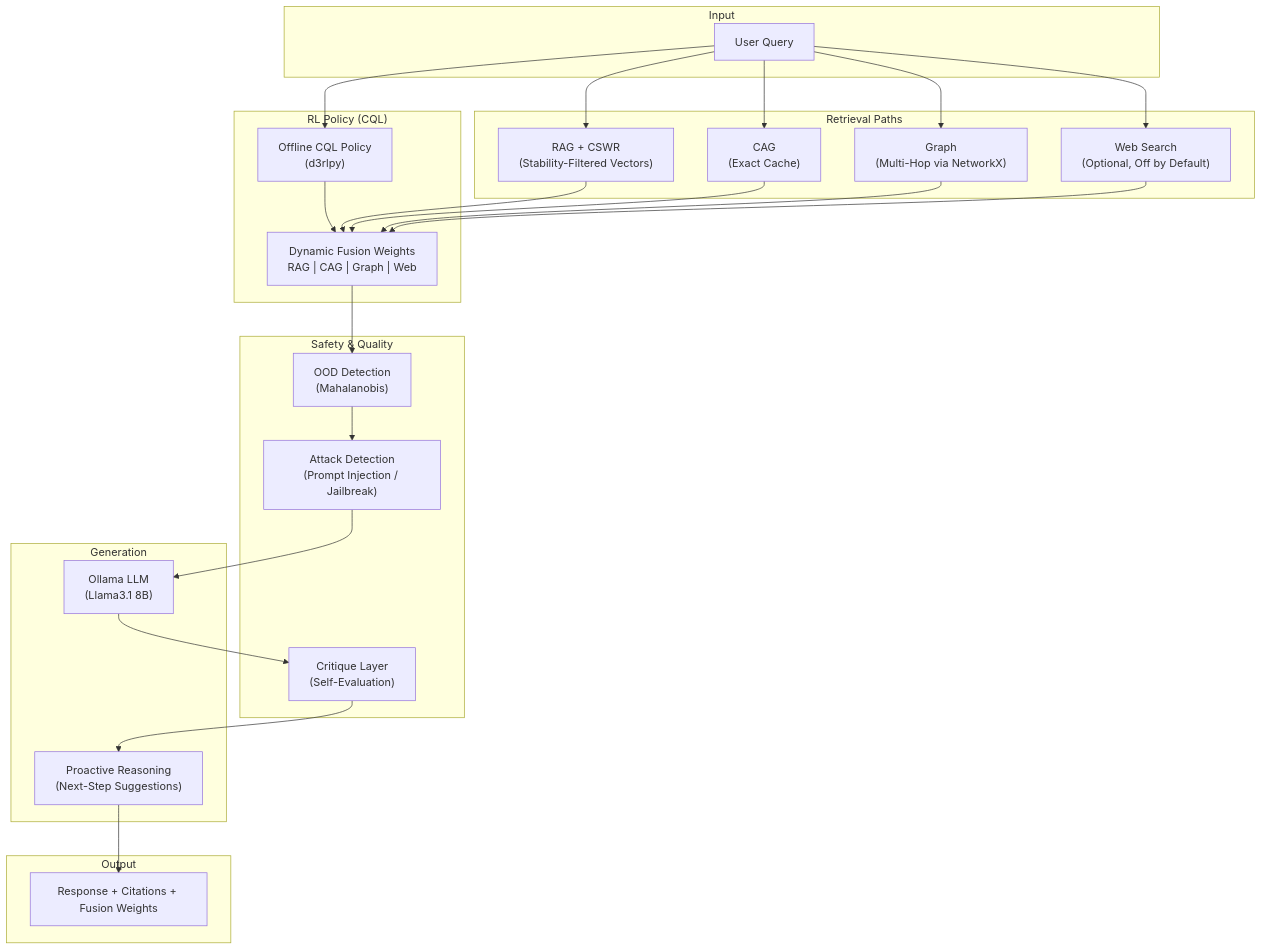
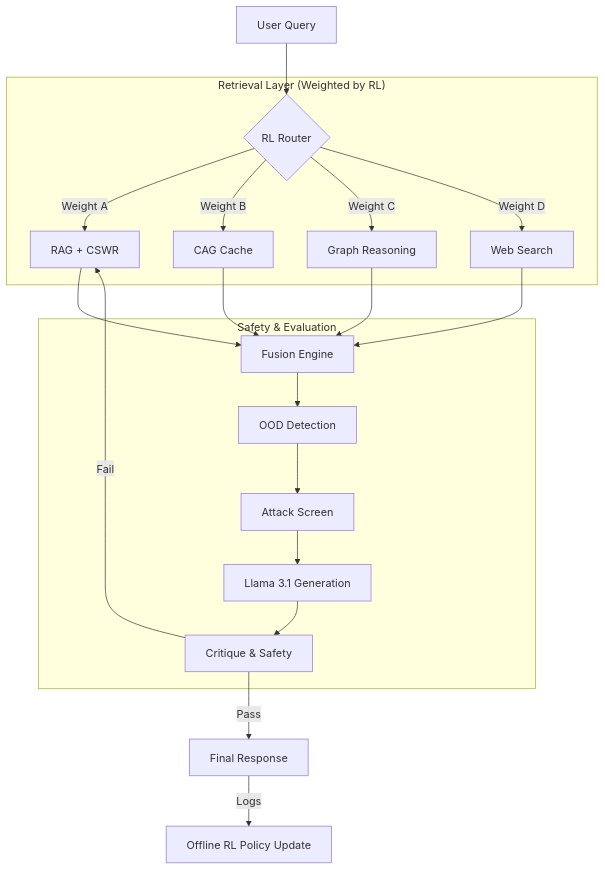
Before and after one commit to moonrunnerkc/rlfusion-orchestrator: the diagram in README.md, drawn with Mermaid. The commit also changed other lines of this file and 1 other file, not shown here.

Commit message:
Fix setup instructions, upgrade architecture diagram, update copyright
- Restructure Setup into numbered steps with Windows activation note
- Add explicit 'ollama pull' step to prevent model-not-found errors
- Replace flowchart with cleaner RL-router-centric diagram (includes failure loop)
- Update copyright to 2025-2026 in LICENSE and README

````diff
--- a/README.md
+++ b/README.md
@@ -42,44 +42,25 @@
 ```mermaid
-flowchart TB
-    subgraph Input
-        Q[User Query]
+graph TD
+    User[User Query] --> Router{RL Router}
+
+    subgraph "Retrieval Layer (Weighted by RL)"
+        Router -->|Weight A| RAG[RAG + CSWR]
+        Router -->|Weight B| CAG[CAG Cache]
+        Router -->|Weight C| Graph[Graph Reasoning]
+        Router -->|Weight D| Web[Web Search]
     end
 
-    subgraph Retrieval["Retrieval Paths"]
-        RAG["RAG + CSWR\n(Stability-Filtered Vectors)"]
-        CAG["CAG\n(Exact Cache)"]
-        GRAPH["Graph\n(Multi-Hop via NetworkX)"]
-        WEB["Web Search\n(Optional, Off by Default)"]
+    RAG & CAG & Graph & Web --> Fusion[Fusion Engine]
+
+    subgraph "Safety & Evaluation"
+        Fusion --> OOD[OOD Detection]
+        OOD --> Attack[Attack Screen]
+        Attack --> LLM[Llama 3.1 Generation]
+        LLM --> Critique[Critique & Safety]
     end
 
-    subgraph RL["RL Policy (CQL)"]
-        POLICY["Offline CQL Policy\n(d3rlpy)"]
-        WEIGHTS["Dynamic Fusion Weights\nRAG | CAG | Graph | Web"]
-    end
+    Critique -->|Pass| Final[Final Response]
+    Critique -->|Fail| RAG
 
-    subgraph Safety["Safety & Quality"]
-        OOD["OOD Detection\n(Mahalanobis)"]
-        CRITIQUE["Critique Layer\n(Self-Evaluation)"]
-        ATTACK["Attack Detection\n(Prompt Injection / Jailbreak)"]
-    end
-
-    subgraph Generation
-        LLM["Ollama LLM\n(Llama3.1 8B)"]
-        PROACTIVE["Proactive Reasoning\n(Next-Step Suggestions)"]
-    end
-
-    subgraph Output
-        RESP[Response + Citations + Fusion Weights]
-    end
-
-    Q --> RAG & CAG & GRAPH & WEB
-    Q --> POLICY
-    POLICY --> WEIGHTS
-    RAG & CAG & GRAPH & WEB --> WEIGHTS
-    WEIGHTS --> OOD
-    OOD --> ATTACK
-    ATTACK --> LLM
-    LLM --> CRITIQUE
-    CRITIQUE --> PROACTIVE
-    PROACTIVE --> RESP
+    Final -->|Logs| OfflineRL[Offline RL Policy Update]
 ```
````
